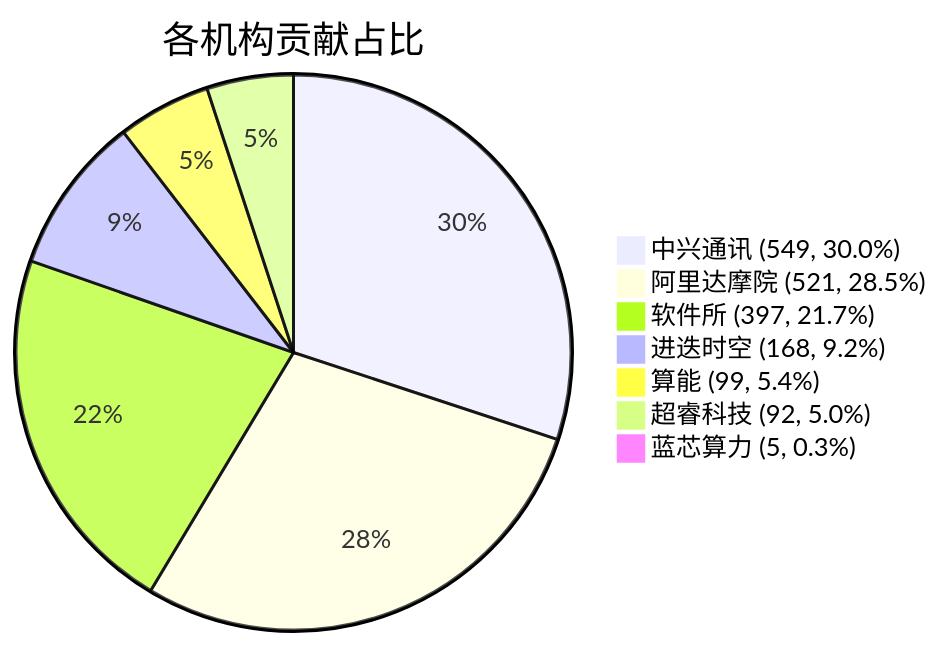
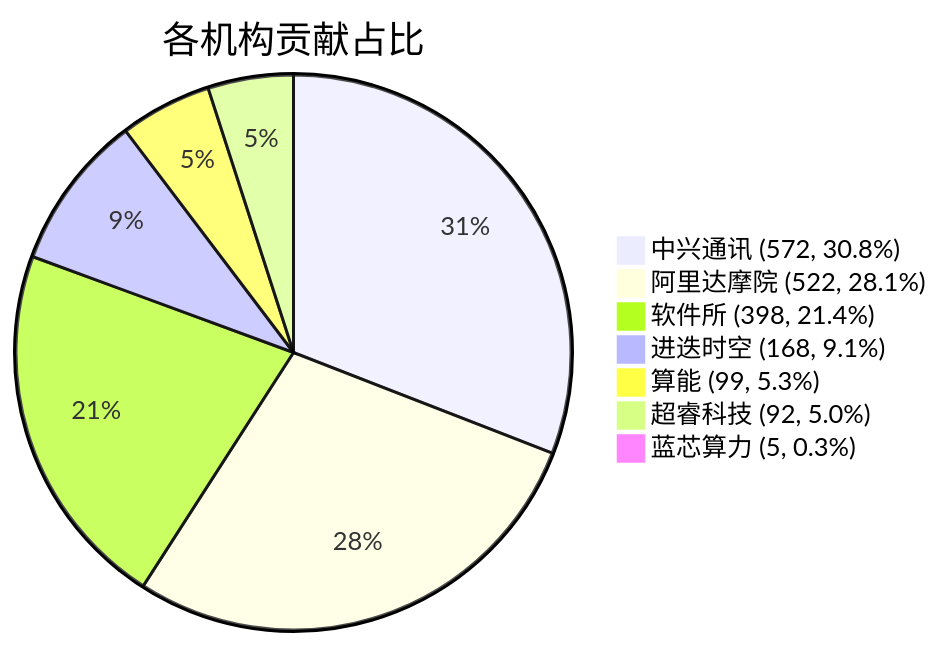
The diagram in docs/index.md (RVCK-Project/rvck), drawn with Mermaid before and after one commit. The commit also changed other lines of this file and 24 other files, not shown here.

````diff
--- a/docs/index.md
+++ b/docs/index.md
@@ -34,10 +34,10 @@
 ```mermaid
 pie title 各机构贡献占比
-    "中兴通讯 (549, 30.0%)" : 549
-    "阿里达摩院 (521, 28.5%)" : 521
-    "软件所 (397, 21.7%)" : 397
-    "进迭时空 (168, 9.2%)" : 168
-    "算能 (99, 5.4%)" : 99
+    "中兴通讯 (572, 30.8%)" : 572
+    "阿里达摩院 (522, 28.1%)" : 522
+    "软件所 (398, 21.4%)" : 398
+    "进迭时空 (168, 9.1%)" : 168
+    "算能 (99, 5.3%)" : 99
     "超睿科技 (92, 5.0%)" : 92
     "蓝芯算力 (5, 0.3%)" : 5
 ```
````
